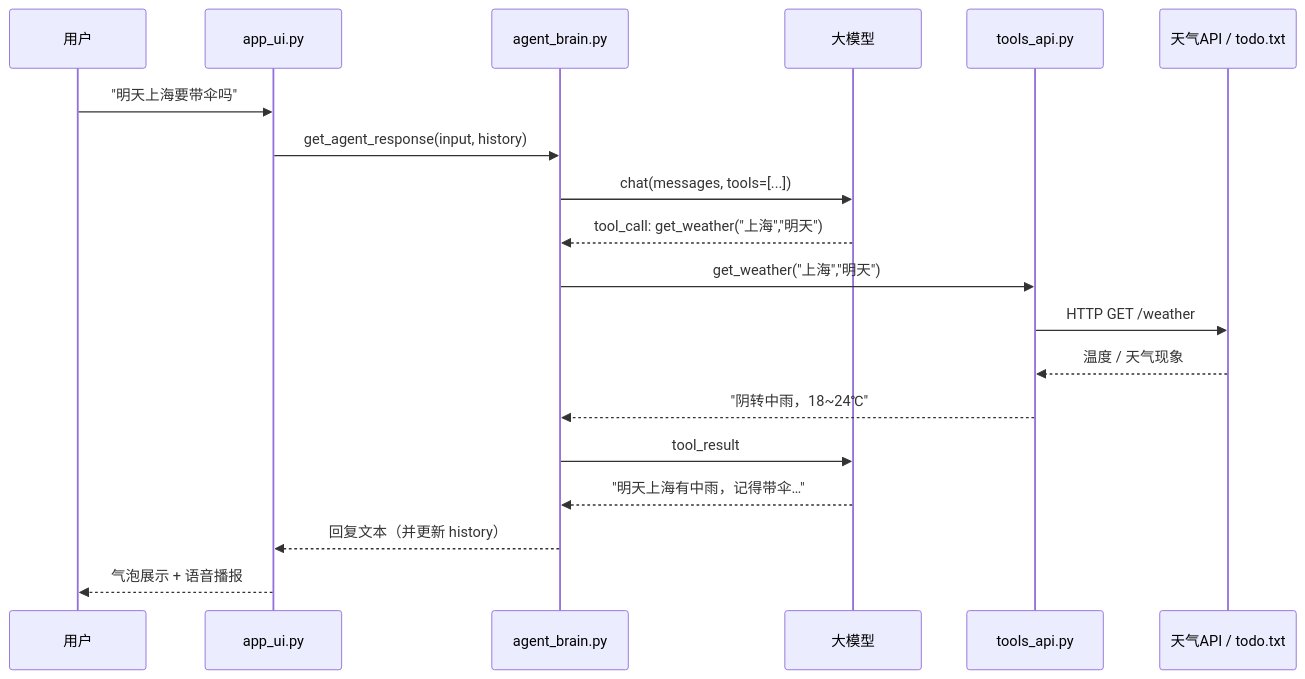
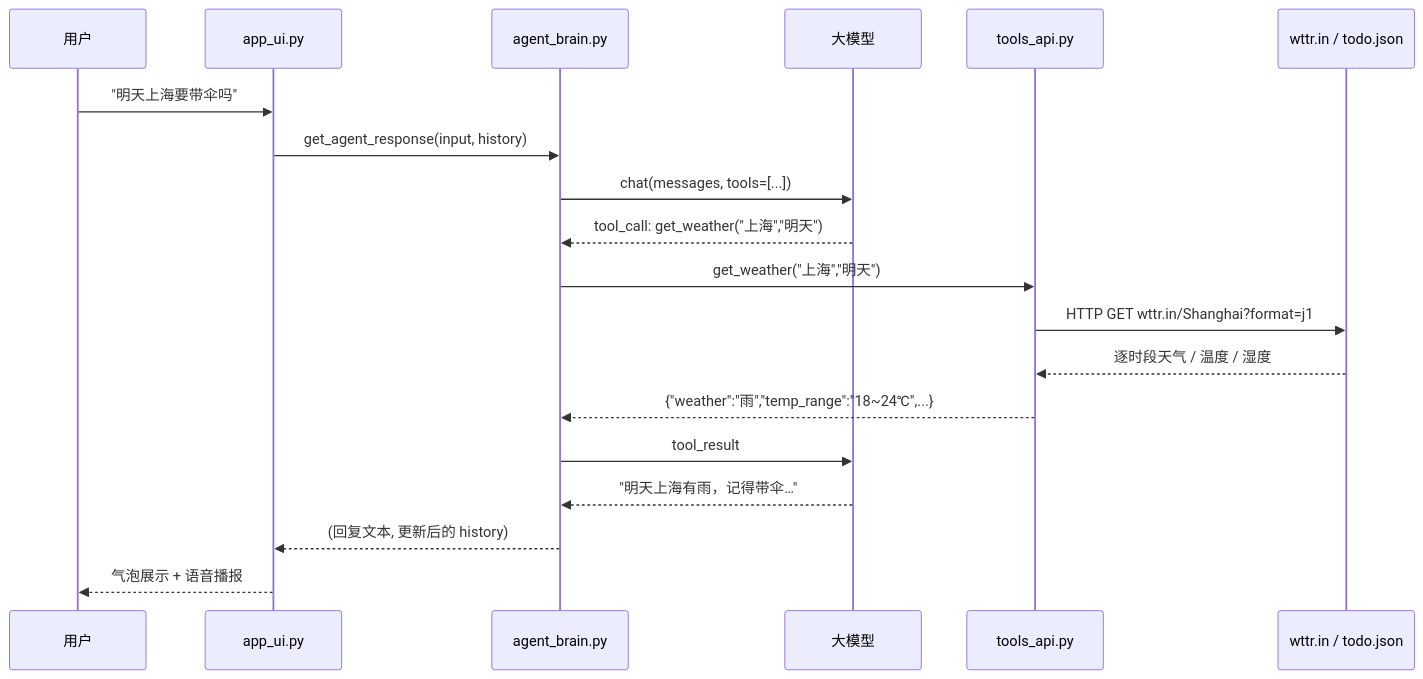
The second of 3 diagrams in docs.md (LB-CC-summer/ai-agent-life-butler), drawn with Mermaid before and after one commit. The commit also changed other lines of this file and 10 other files, not shown here.

````diff
--- a/docs.md
+++ b/docs.md
@@ -133,22 +135,22 @@
 ```mermaid
 sequenceDiagram
     participant U as 用户
     participant UI as app_ui.py
     participant B as agent_brain.py
     participant LLM as 大模型
     participant C as tools_api.py
-    participant API as 天气API / todo.txt
+    participant API as wttr.in / todo.json
 
     U->>UI: "明天上海要带伞吗"
     UI->>B: get_agent_response(input, history)
     B->>LLM: chat(messages, tools=[...])
     LLM-->>B: tool_call: get_weather("上海","明天")
     B->>C: get_weather("上海","明天")
-    C->>API: HTTP GET /weather
-    API-->>C: 温度 / 天气现象
-    C-->>B: "阴转中雨，18~24℃"
+    C->>API: HTTP GET wttr.in/Shanghai?format=j1
+    API-->>C: 逐时段天气 / 温度 / 湿度
+    C-->>B: {"weather":"雨","temp_range":"18~24℃",...}
     B->>LLM: tool_result
-    LLM-->>B: "明天上海有中雨，记得带伞…"
-    B-->>UI: 回复文本（并更新 history）
+    LLM-->>B: "明天上海有雨，记得带伞…"
+    B-->>UI: (回复文本, 更新后的 history)
     UI-->>U: 气泡展示 + 语音播报
 ```
````
